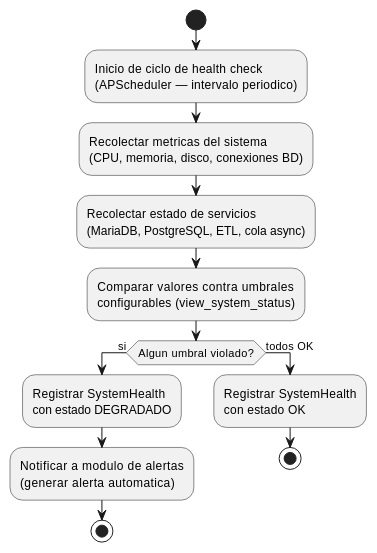
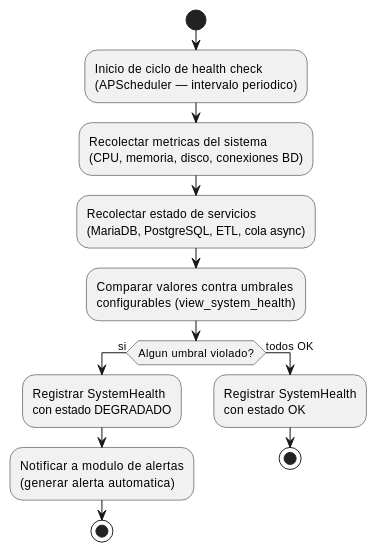
The first of 3 diagrams in source/arquitectura-tecnica/modulos/sys-logs/diagramas.rst (jcg-admin/IACT-docs), drawn with PlantUML before and after one commit. The commit also changed other lines of this file and 157 other files, not shown here.

First line of the commit message:
Enforce catalog function names across all diagrams

```diff
--- a/source/arquitectura-tecnica/modulos/sys-logs/diagramas.rst
+++ b/source/arquitectura-tecnica/modulos/sys-logs/diagramas.rst
@@ -11,25 +11,25 @@
 .. uml::
  :caption: Flujo del health check del sistema — recoleccion de metricas y evaluacion de umbrales.
 
  @startuml
 
  start
 
  :Inicio de ciclo de health check\n(APScheduler — intervalo periodico);
 
  :Recolectar metricas del sistema\n(CPU, memoria, disco, conexiones BD);
 
  :Recolectar estado de servicios\n(MariaDB, PostgreSQL, ETL, cola async);
 
- :Comparar valores contra umbrales\nconfigurables (view_system_status);
+ :Comparar valores contra umbrales\nconfigurables (view_system_health);
 
  if (Algun umbral violado?) then (si)
    :Registrar SystemHealth\ncon estado DEGRADADO;
    :Notificar a modulo de alertas\n(generar alerta automatica);
    stop
  else (todos OK)
    :Registrar SystemHealth\ncon estado OK;
    stop
  endif
 
  @enduml
```
